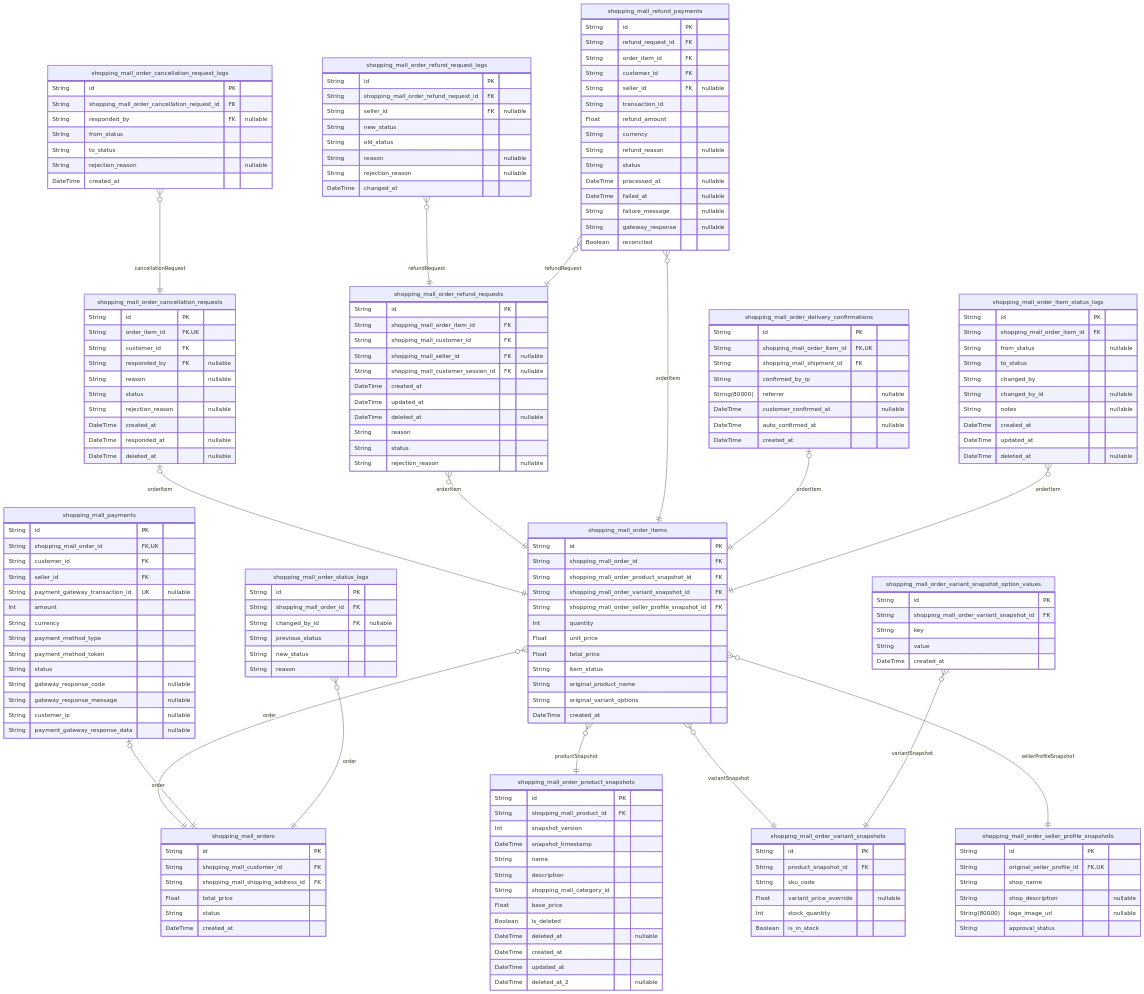
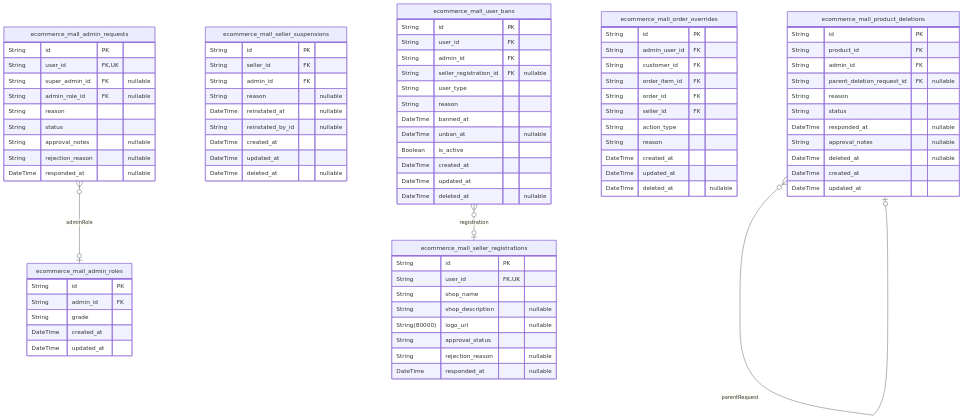
The eighth of 11 diagrams in qwen/qwen3-coder-next/shopping/docs/ERD.md (wrtnlabs/autobe-examples), drawn with Mermaid before and after one commit. The commit also changed other lines of this file and 13530 other files, not shown here.

````diff
--- a/qwen/qwen3-coder-next/shopping/docs/ERD.md
+++ b/qwen/qwen3-coder-next/shopping/docs/ERD.md
@@ -1746,185 +1419,85 @@
 ```mermaid
 erDiagram
-"shopping_mall_orders" {
+"ecommerce_mall_admin_requests" {
   String id PK
-  String shopping_mall_customer_id FK
-  String shopping_mall_shipping_address_id FK
-  Float total_price
+  String user_id FK,UK
+  String super_admin_id FK "nullable"
+  String admin_role_id FK "nullable"
+  String reason
   String status
-  DateTime created_at
+  String approval_notes "nullable"
+  String rejection_reason "nullable"
+  DateTime responded_at "nullable"
 }
-"shopping_mall_order_items" {
+"ecommerce_mall_admin_roles" {
   String id PK
-  String shopping_mall_order_id FK
-  String shopping_mall_order_product_snapshot_id FK
-  String shopping_mall_order_variant_snapshot_id FK
-  String shopping_mall_order_seller_profile_snapshot_id FK
-  Int quantity
-  Float unit_price
-  Float total_price
-  String item_status
-  String original_product_name
-  String original_variant_options
-  DateTime created_at
-}
-"shopping_mall_order_product_snapshots" {
-  String id PK
-  String shopping_mall_product_id FK
-  Int snapshot_version
-  DateTime snapshot_timestamp
-  String name
-  String description
-  String shopping_mall_category_id
-  Float base_price
-  Boolean is_deleted
-  DateTime deleted_at "nullable"
+  String admin_id FK
+  String grade
   DateTime created_at
   DateTime updated_at
-  DateTime deleted_at_2 "nullable"
 }
-"shopping_mall_order_variant_snapshots" {
+"ecommerce_mall_seller_registrations" {
   String id PK
-  String product_snapshot_id FK
-  String sku_code
-  Float variant_price_override "nullable"
-  Int stock_quantity
-  Boolean is_in_stock
-}
-"shopping_mall_order_seller_profile_snapshots" {
-  String id PK
-  String original_seller_profile_id FK,UK
+  String user_id FK,UK
   String shop_name
   String shop_description "nullable"
-  String(80000) logo_image_url "nullable"
+  String(80000) logo_url "nullable"
   String approval_status
+  String rejection_reason "nullable"
+  DateTime responded_at "nullable"
 }
-"shopping_mall_order_cancellation_requests" {
+"ecommerce_mall_seller_suspensions" {
   String id PK
-  String order_item_id FK,UK
-  String customer_id FK
-  String responded_by FK "nullable"
+  String seller_id FK
+  String admin_id FK
   String reason "nullable"
-  String status
-  String rejection_reason "nullable"
-  DateTime created_at
-  DateTime responded_at "nullable"
-  DateTime deleted_at "nullable"
-}
-"shopping_mall_order_cancellation_request_logs" {
-  String id PK
-  String shopping_mall_order_cancellation_request_id FK
-  String responded_by FK "nullable"
-  String from_status
-  String to_status
-  String rejection_reason "nullable"
-  DateTime created_at
-}
-"shopping_mall_order_refund_requests" {
-  String id PK
-  String shopping_mall_order_item_id FK
-  String shopping_mall_customer_id FK
-  String shopping_mall_seller_id FK "nullable"
-  String shopping_mall_customer_session_id FK "nullable"
-  DateTime created_at
-  DateTime updated_at
-  DateTime deleted_at "nullable"
-  String reason
-  String status
-  String rejection_reason "nullable"
-}
-"shopping_mall_order_refund_request_logs" {
-  String id PK
-  String shopping_mall_order_refund_request_id FK
-  String seller_id FK "nullable"
-  String new_status
-  String old_status
-  String reason "nullable"
-  String rejection_reason "nullable"
-  DateTime changed_at
-}
-"shopping_mall_payments" {
-  String id PK
-  String shopping_mall_order_id FK,UK
-  String customer_id FK
-  String seller_id FK
-  String payment_gateway_transaction_id UK "nullable"
-  Int amount
-  String currency
-  String payment_method_type
-  String payment_method_token
-  String status
-  String gateway_response_code "nullable"
-  String gateway_response_message "nullable"
-  String customer_ip "nullable"
-  String payment_gateway_response_data "nullable"
-}
-"shopping_mall_refund_payments" {
-  String id PK
-  String refund_request_id FK
-  String order_item_id FK
-  String customer_id FK
-  String seller_id FK "nullable"
-  String transaction_id
-  Float refund_amount
-  String currency
-  String refund_reason "nullable"
-  String status
-  DateTime processed_at "nullable"
-  DateTime failed_at "nullable"
-  String failure_message "nullable"
-  String gateway_response "nullable"
-  Boolean reconciled
-}
-"shopping_mall_order_delivery_confirmations" {
-  String id PK
-  String shopping_mall_order_item_id FK,UK
-  String shopping_mall_shipment_id FK
-  String confirmed_by_ip
-  String(80000) referrer "nullable"
-  DateTime customer_confirmed_at "nullable"
-  DateTime auto_confirmed_at "nullable"
-  DateTime created_at
-}
-"shopping_mall_order_status_logs" {
-  String id PK
-  String shopping_mall_order_id FK
-  String changed_by_id FK "nullable"
-  String previous_status
-  String new_status
-  String reason
-}
-"shopping_mall_order_item_status_logs" {
-  String id PK
-  String shopping_mall_order_item_id FK
-  String from_status "nullable"
-  String to_status
-  String changed_by
-  String changed_by_id "nullable"
-  String notes "nullable"
+  DateTime reinstated_at "nullable"
+  String reinstated_by_id "nullable"
   DateTime created_at
   DateTime updated_at
   DateTime deleted_at "nullable"
 }
-"shopping_mall_order_variant_snapshot_option_values" {
+"ecommerce_mall_product_deletions" {
   String id PK
-  String shopping_mall_order_variant_snapshot_id FK
-  String key
-  String value
+  String product_id FK
+  String admin_id FK
+  String parent_deletion_request_id FK "nullable"
+  String reason
+  String status
+  DateTime responded_at "nullable"
+  String approval_notes "nullable"
+  DateTime deleted_at "nullable"
   DateTime created_at
+  DateTime updated_at
 }
-"shopping_mall_order_items" }o--|| "shopping_mall_orders" : order
-"shopping_mall_order_items" }o--|| "shopping_mall_order_product_snapshots" : productSnapshot
-"shopping_mall_order_items" }o--|| "shopping_mall_order_variant_snapshots" : variantSnapshot
-"shopping_mall_order_items" }o--|| "shopping_mall_order_seller_profile_snapshots" : sellerProfileSnapshot
-"shopping_mall_order_cancellation_requests" |o--|| "shopping_mall_order_items" : orderItem
-"shopping_mall_order_cancellation_request_logs" }o--|| "shopping_mall_order_cancellation_requests" : cancellationRequest
-"shopping_mall_order_refund_requests" }o--|| "shopping_mall_order_items" : orderItem
-"shopping_mall_order_refund_request_logs" }o--|| "shopping_mall_order_refund_requests" : refundRequest
-"shopping_mall_payments" |o--|| "shopping_mall_orders" : order
-"shopping_mall_refund_payments" }o--|| "shopping_mall_order_refund_requests" : refundRequest
-"shopping_mall_refund_payments" }o--|| "shopping_mall_order_items" : orderItem
-"shopping_mall_order_delivery_confirmations" |o--|| "shopping_mall_order_items" : orderItem
-"shopping_mall_order_status_logs" }o--|| "shopping_mall_orders" : order
-"shopping_mall_order_item_status_logs" }o--|| "shopping_mall_order_items" : orderItem
-"shopping_mall_order_variant_snapshot_option_values" }o--|| "shopping_mall_order_variant_snapshots" : variantSnapshot
+"ecommerce_mall_order_overrides" {
+  String id PK
+  String admin_user_id FK
+  String customer_id FK
+  String order_item_id FK
+  String order_id FK
+  String seller_id FK
+  String action_type
+  String reason
+  DateTime created_at
+  DateTime updated_at
+  DateTime deleted_at "nullable"
+}
+"ecommerce_mall_user_bans" {
+  String id PK
+  String user_id FK
+  String admin_id FK
+  String seller_registration_id FK "nullable"
+  String user_type
+  String reason
+  DateTime banned_at
+  DateTime unban_at "nullable"
+  Boolean is_active
+  DateTime created_at
+  DateTime updated_at
+  DateTime deleted_at "nullable"
+}
+"ecommerce_mall_admin_requests" }o--o| "ecommerce_mall_admin_roles" : adminRole
+"ecommerce_mall_product_deletions" }o--o| "ecommerce_mall_product_deletions" : parentRequest
+"ecommerce_mall_user_bans" }o--o| "ecommerce_mall_seller_registrations" : registration
 ```
````
